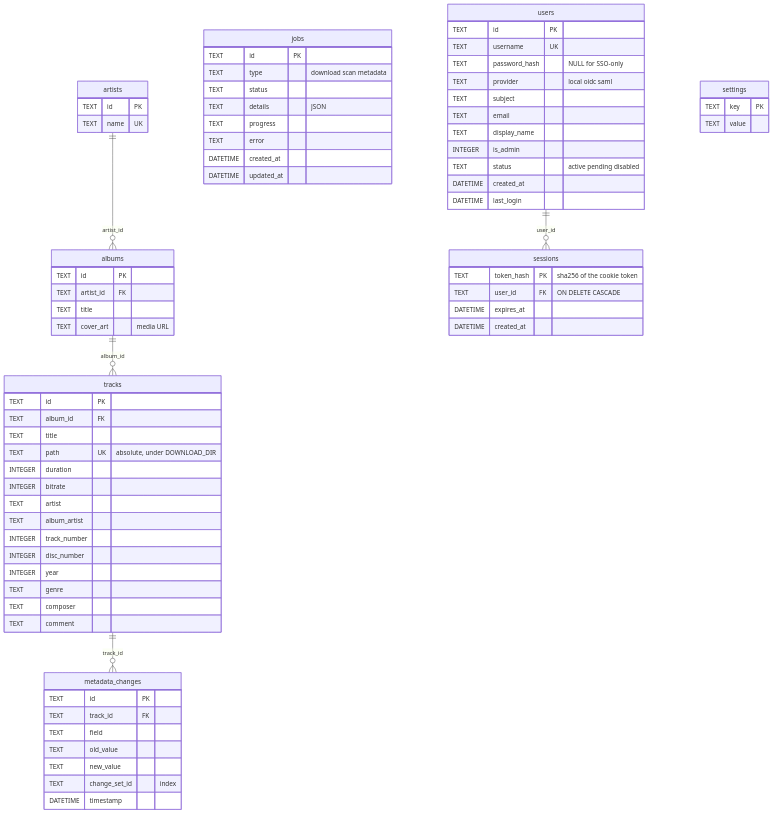
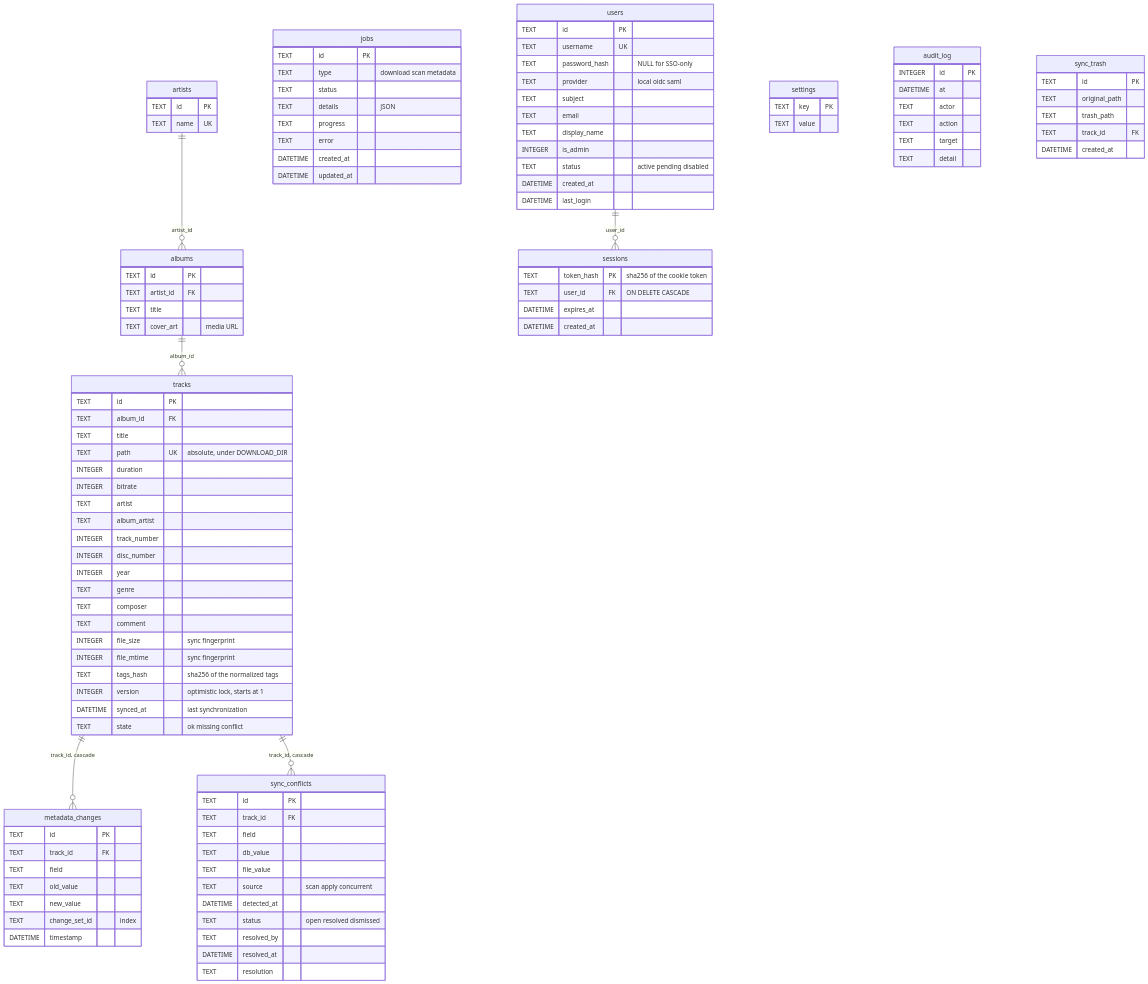
The second of 2 diagrams in docs/ARCHITECTURE.md (Tae5609/jellyide), drawn with Mermaid before and after one commit. The commit also changed other lines of this file and 8 other files, not shown here.

````diff
--- a/docs/ARCHITECTURE.md
+++ b/docs/ARCHITECTURE.md
@@ -170,6 +182,12 @@
     TEXT genre
     TEXT composer
     TEXT comment
+    INTEGER file_size "sync fingerprint"
+    INTEGER file_mtime "sync fingerprint"
+    TEXT tags_hash "sha256 of the normalized tags"
+    INTEGER version "optimistic lock, starts at 1"
+    DATETIME synced_at "last synchronization"
+    TEXT state "ok missing conflict"
   }
   jobs {
     TEXT id PK
@@ -213,9 +231,38 @@
     TEXT key PK
     TEXT value
   }
+  audit_log {
+    INTEGER id PK
+    DATETIME at
+    TEXT actor
+    TEXT action
+    TEXT target
+    TEXT detail
+  }
+  sync_conflicts {
+    TEXT id PK
+    TEXT track_id FK
+    TEXT field
+    TEXT db_value
+    TEXT file_value
+    TEXT source "scan apply concurrent"
+    DATETIME detected_at
+    TEXT status "open resolved dismissed"
+    TEXT resolved_by
+    DATETIME resolved_at
+    TEXT resolution
+  }
+  sync_trash {
+    TEXT id PK
+    TEXT original_path
+    TEXT trash_path
+    TEXT track_id FK
+    DATETIME created_at
+  }
 
-  artists   ||--o{ albums             : "artist_id"
-  albums    ||--o{ tracks              : "album_id"
-  tracks    ||--o{ metadata_changes    : "track_id"
-  users     ||--o{ sessions            : "user_id"
+  artists      ||--o{ albums          : "artist_id"
+  albums       ||--o{ tracks          : "album_id"
+  tracks       ||--o{ metadata_changes : "track_id, cascade"
+  tracks       ||--o{ sync_conflicts  : "track_id, cascade"
+  users        ||--o{ sessions        : "user_id"
 ```
````
